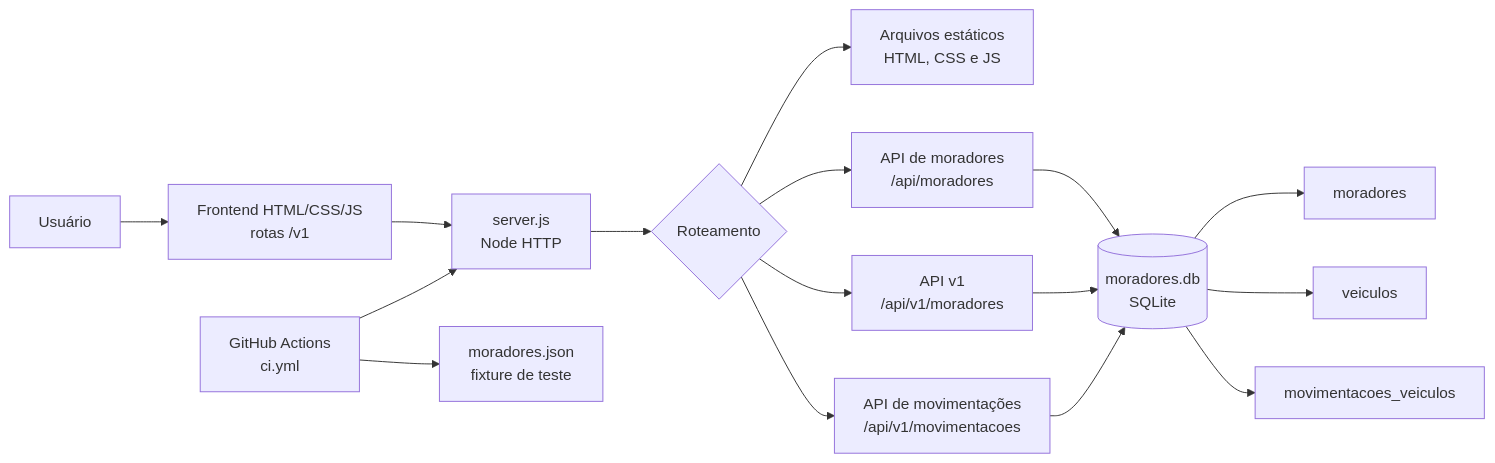
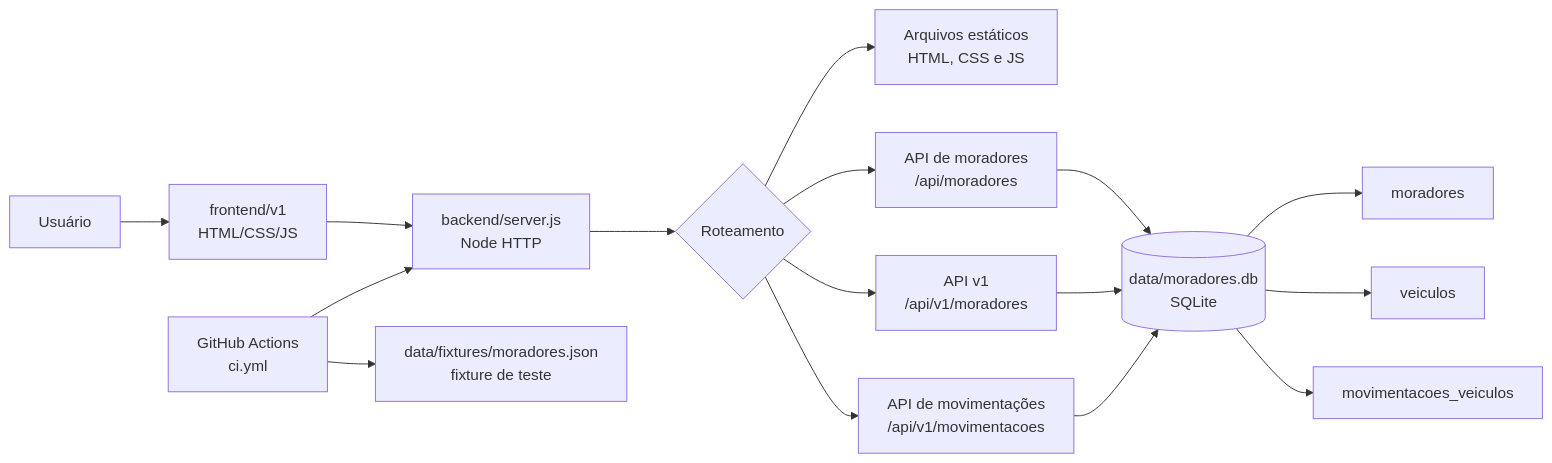
One commit to Dilei27/spazio changed the diagram in README.md. Above: the diagram before and after it, drawn with Mermaid. The commit also changed other lines of this file and 21 other files, not shown here.

Commit message:
Organiza backend frontend e dados

````diff
--- a/README.md
+++ b/README.md
@@ -98,18 +86,18 @@
 ```mermaid
 flowchart LR
-    U[Usuário] --> P[Frontend HTML/CSS/JS\nrotas /v1]
-    P --> S[server.js\nNode HTTP]
+    U[Usuário] --> P[frontend/v1\nHTML/CSS/JS]
+    P --> S[backend/server.js\nNode HTTP]
     S --> R{Roteamento}
     R --> E[Arquivos estáticos\nHTML, CSS e JS]
     R --> A[API de moradores\n/api/moradores]
     R --> V[API v1\n/api/v1/moradores]
     R --> M[API de movimentações\n/api/v1/movimentacoes]
-    A --> D[(moradores.db\nSQLite)]
+    A --> D[(data/moradores.db\nSQLite)]
     V --> D
     M --> D
     D --> T1[moradores]
     D --> T2[veiculos]
     D --> T3[movimentacoes_veiculos]
     C[GitHub Actions\nci.yml] --> S
-    C --> F[moradores.json\nfixture de teste]
+    C --> F[data/fixtures/moradores.json\nfixture de teste]
 ```
````
